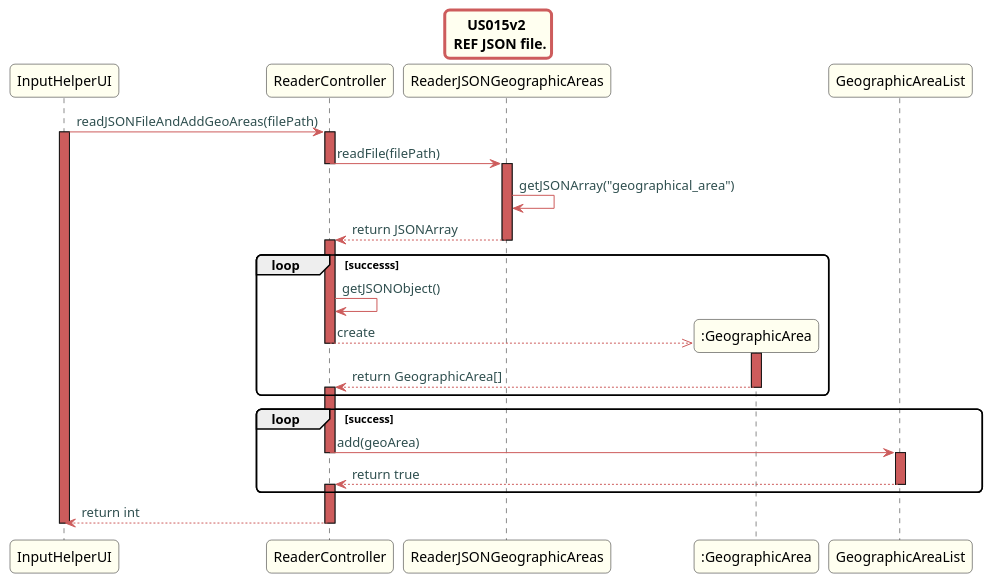
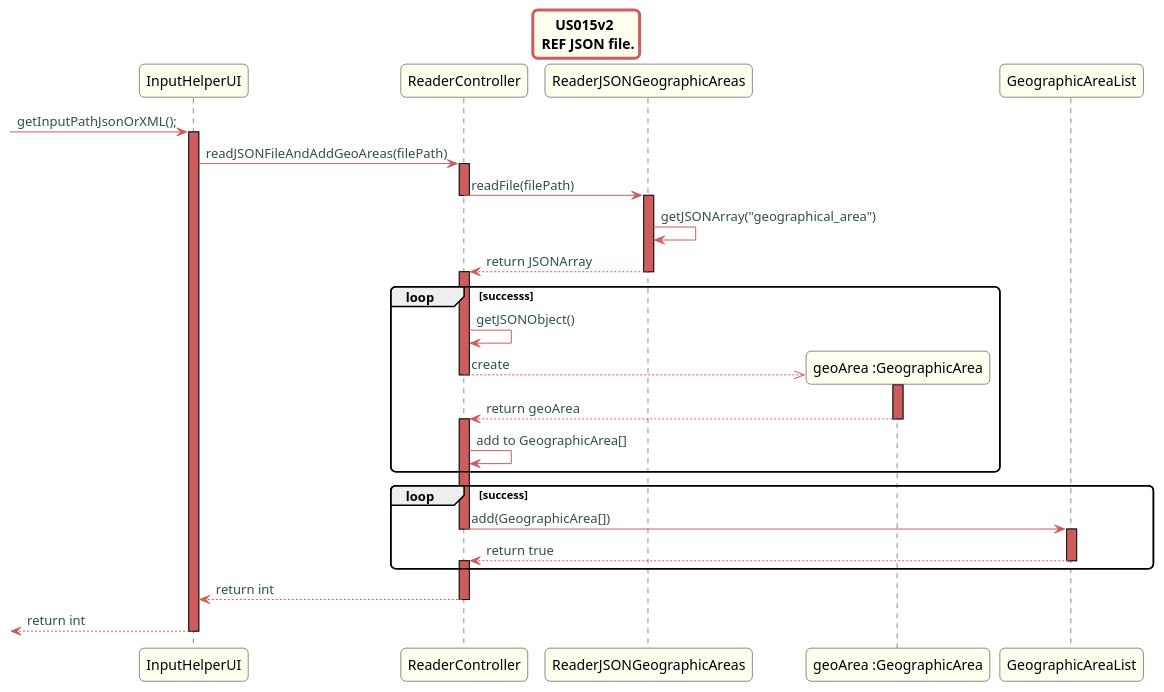
One commit to Almadanmp/project changed the diagram in src/doc/Controllers/HouseConfiguration/US15/US15v2_REF_JSON_sd_HouseConfiguration.puml. Above: the diagram before and after it, drawn with PlantUML. The commit also changed 3 other files, not shown here.

Commit message:
REF #178 updated class diagram and sequence diagram for us15v2

```diff
--- a/src/doc/Controllers/HouseConfiguration/US15/US15v2_REF_JSON_sd_HouseConfiguration.puml
+++ b/src/doc/Controllers/HouseConfiguration/US15/US15v2_REF_JSON_sd_HouseConfiguration.puml
@@ -1,64 +1,68 @@
 @startuml
 title US015v2 \n REF JSON file.
 skinparam titleBorderRoundCorner 10
 skinparam titleBorderThickness 3
 skinparam titleBorderColor indianred
 skinparam titleBackgroundColor ivory
 skinparam FontName quicksand
 
 skinparam actor {
   BorderColor indianred
   }
 
 skinparam sequence {
   LifeLineBackgroundColor indianred
   ParticipantBackgroundColor ivory
 }
 
 skinparam roundcorner 10
 
 skinparam component {
   arrowThickness 1
   ArrowFontName Verdana
   ArrowColor indianred
   ArrowFontColor darkslategrey
 }
-
+-> InputHelperUI: getInputPathJsonOrXML();
+activate InputHelperUI
 InputHelperUI -> ReaderController: readJSONFileAndAddGeoAreas(filePath)
-activate InputHelperUI
 activate ReaderController
 ReaderController -> ReaderJSONGeographicAreas: readFile(filePath)
 deactivate ReaderController
 activate ReaderJSONGeographicAreas
 
 ReaderJSONGeographicAreas->ReaderJSONGeographicAreas:getJSONArray("geographical_area")
 ReaderJSONGeographicAreas --> ReaderController: return JSONArray
 deactivate ReaderJSONGeographicAreas
 activate ReaderController
 loop successs
 ReaderController->ReaderController:getJSONObject()
-create ":GeographicArea"
-ReaderController -->> ":GeographicArea": create
-activate ":GeographicArea"
+create "geoArea :GeographicArea"
+ReaderController -->> "geoArea :GeographicArea": create
+activate "geoArea :GeographicArea"
 deactivate ReaderController
-":GeographicArea" --> ReaderController: return GeographicArea[]
-deactivate ":GeographicArea"
+"geoArea :GeographicArea" --> ReaderController: return geoArea
+deactivate "geoArea :GeographicArea"
 
 activate ReaderController
+
+ReaderController -> ReaderController: add to GeographicArea[]
+
 end loop
 loop success
-ReaderController -> GeographicAreaList: add(geoArea)
+ReaderController -> GeographicAreaList: add(GeographicArea[])
 deactivate ReaderController
 
 activate GeographicAreaList
 
 GeographicAreaList-->ReaderController: return true
 deactivate GeographicAreaList
 
 activate ReaderController
 end loop
 ReaderController --> InputHelperUI: return int
 deactivate ReaderController
-deactivate InputHelperUI
+ <-- InputHelperUI: return int
+ deactivate InputHelperUI
 
 @enduml
```
